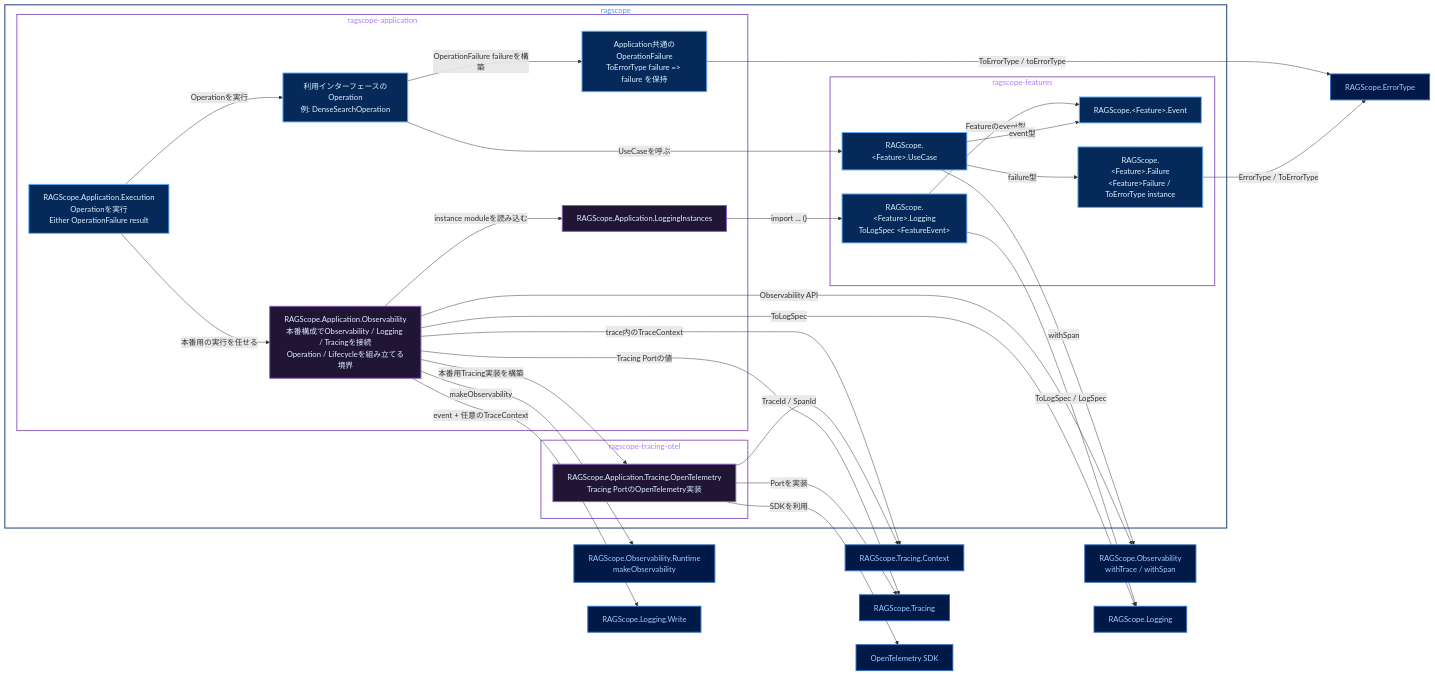
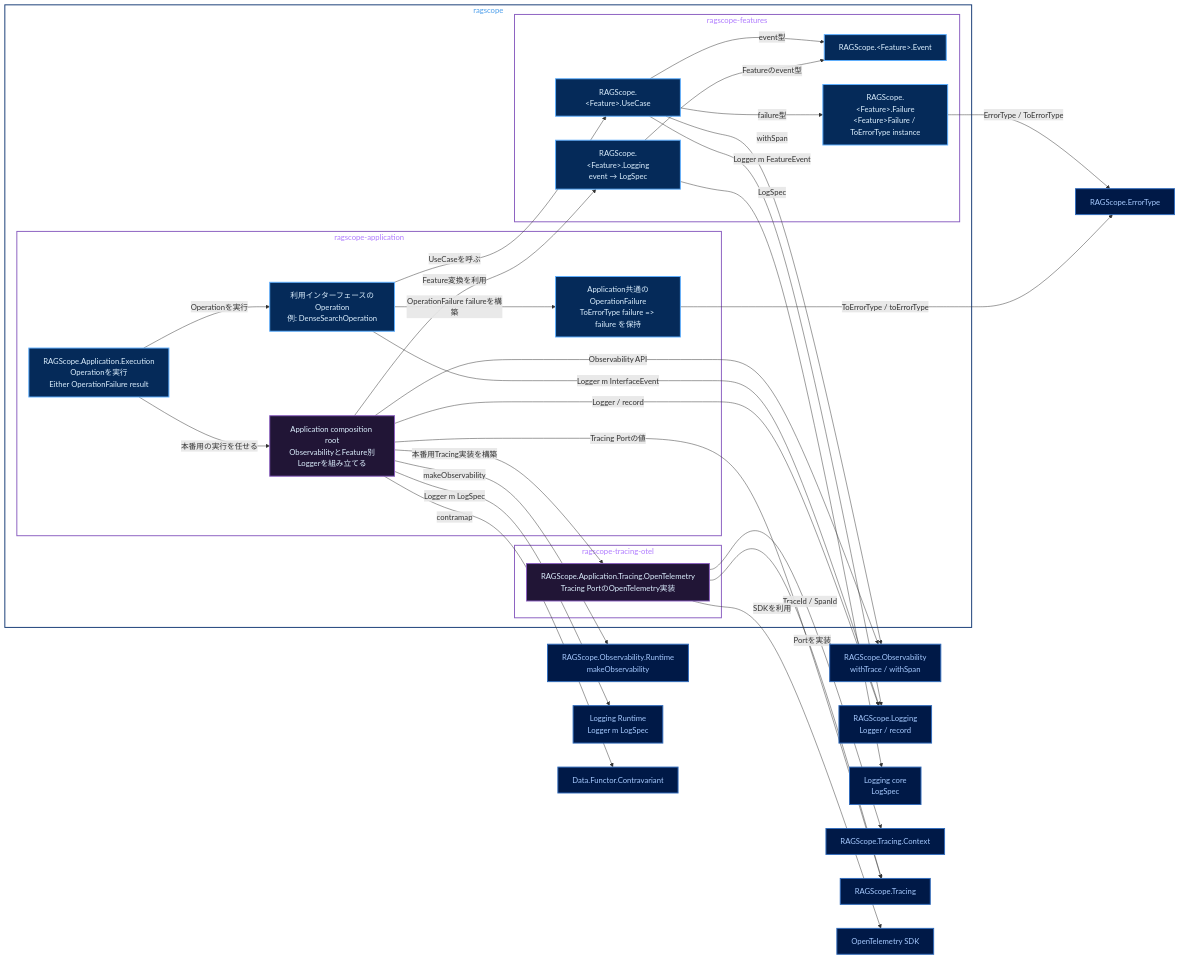
One commit to takashit16833/Workbench changed the diagram in Notes/RAGScope/RAGScopeアプリケーション/実行追跡・構造化ログ静的依存図 Application・Feature.md. Above: the diagram before and after it, drawn with Mermaid. The commit also changed other lines of this file, not shown here.

Commit message:
docs: sync RS-0022 typed logger design

````diff
--- a/Notes/RAGScope/RAGScopeアプリケーション/実行追跡・構造化ログ静的依存図 Application・Feature.md
+++ b/Notes/RAGScope/RAGScopeアプリケーション/実行追跡・構造化ログ静的依存図 Application・Feature.md
@@ -23,74 +21,66 @@
 ```mermaid
 flowchart LR
     subgraph pkg_ragscope["ragscope"]
         subgraph app["ragscope-application"]
             app_exec["RAGScope.Application.Execution<br/>Operationを実行<br/>Either OperationFailure result"]
-            app_obs["RAGScope.Application.Observability<br/>本番構成でObservability / Logging / Tracingを接続<br/>Operation / Lifecycleを組み立てる境界"]
-            app_instances["RAGScope.Application.LoggingInstances"]
+            composition["Application composition root<br/>ObservabilityとFeature別Loggerを組み立てる"]
             interface_op["利用インターフェースのOperation<br/>例: DenseSearchOperation"]
             operation_failure["Application共通のOperationFailure<br/>ToErrorType failure =&gt; failure を保持"]
         end
-
         subgraph feature_lib["ragscope-features"]
             feature_usecase["RAGScope.&lt;Feature&gt;.UseCase"]
             feature_event["RAGScope.&lt;Feature&gt;.Event"]
             feature_failure["RAGScope.&lt;Feature&gt;.Failure<br/>&lt;Feature&gt;Failure / ToErrorType instance"]
-            feature_logging["RAGScope.&lt;Feature&gt;.Logging<br/>ToLogSpec &lt;FeatureEvent&gt;"]
+            feature_logging["RAGScope.&lt;Feature&gt;.Logging<br/>event → LogSpec"]
         end
-
         subgraph otel_adapter_lib["ragscope-tracing-otel"]
             otel_adapter["RAGScope.Application.Tracing.OpenTelemetry<br/>Tracing PortのOpenTelemetry実装"]
         end
     end
-
     obs["RAGScope.Observability<br/>withTrace / withSpan"]
     obs_runtime["RAGScope.Observability.Runtime<br/>makeObservability"]
-    logging["RAGScope.Logging"]
-    write["RAGScope.Logging.Write"]
+    logger["RAGScope.Logging<br/>Logger / record"]
+    logspec["Logging core<br/>LogSpec"]
+    logging_runtime["Logging Runtime<br/>Logger m LogSpec"]
     context["RAGScope.Tracing.Context"]
     tracing["RAGScope.Tracing"]
     error_type["RAGScope.ErrorType"]
+    contravariant["Data.Functor.Contravariant"]
     sdk["OpenTelemetry SDK"]
 
-    app_exec -->|本番用の実行を任せる| app_obs
+    app_exec -->|本番用の実行を任せる| composition
     app_exec -->|Operationを実行| interface_op
-
-    app_obs -->|instance moduleを読み込む| app_instances
-    app_instances -- "import ... ()" --> feature_logging
+    composition -->|Feature変換を利用| feature_logging
+    composition -->|Logger / record| logger
+    composition -->|Logger m LogSpec| logging_runtime
+    composition -->|contramap| contravariant
     feature_logging -->|Featureのevent型| feature_event
-    feature_logging -->|ToLogSpec / LogSpec| logging
-
+    feature_logging -->|LogSpec| logspec
     interface_op -->|UseCaseを呼ぶ| feature_usecase
+    interface_op -->|Logger m InterfaceEvent| logger
     interface_op -->|OperationFailure failureを構築| operation_failure
     operation_failure -->|ToErrorType / toErrorType| error_type
-
     feature_usecase -->|event型| feature_event
     feature_usecase -->|failure型| feature_failure
     feature_usecase -->|withSpan| obs
+    feature_usecase -->|Logger m FeatureEvent| logger
     feature_failure -->|ErrorType / ToErrorType| error_type
-
-    app_obs -->|Observability API| obs
-    app_obs -->|makeObservability| obs_runtime
-    app_obs -->|ToLogSpec| logging
-    app_obs -->|event + 任意のTraceContext| write
-    app_obs -->|trace内のTraceContext| context
-    app_obs -->|Tracing Portの値| tracing
-    app_obs -->|本番用Tracing実装を構築| otel_adapter
-
+    composition -->|Observability API| obs
+    composition -->|makeObservability| obs_runtime
+    composition -->|Tracing Portの値| tracing
+    composition -->|本番用Tracing実装を構築| otel_adapter
     otel_adapter -->|Portを実装| tracing
     otel_adapter -->|TraceId / SpanId| context
     otel_adapter -->|SDKを利用| sdk
 
     classDef public fill:#052A59,stroke:#5EAFFF,color:#DDF0FF,stroke-width:2px
     classDef private fill:#211536,stroke:#8A5EC0,color:#DDF0FF,stroke-width:2px
     classDef outside fill:#001947,stroke:#316CBD,color:#A6CAFF,stroke-width:2px
-
     class app_exec,interface_op,operation_failure,feature_usecase,feature_event,feature_failure,feature_logging public
-    class app_obs,app_instances,otel_adapter private
-    class obs,obs_runtime,logging,write,context,tracing,error_type,sdk outside
-
+    class composition,otel_adapter private
+    class obs,obs_runtime,logger,logspec,logging_runtime,context,tracing,error_type,contravariant,sdk outside
     style pkg_ragscope fill:transparent,stroke:#153A75,color:#4C9EEB,stroke-width:2px
     style app fill:transparent,stroke:#8A5EC0,color:#B07CFF,stroke-width:2px
     style feature_lib fill:transparent,stroke:#8A5EC0,color:#B07CFF,stroke-width:2px
     style otel_adapter_lib fill:transparent,stroke:#8A5EC0,color:#B07CFF,stroke-width:2px
 ```
````
